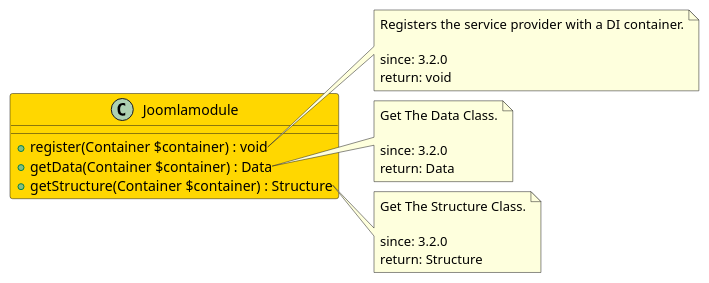
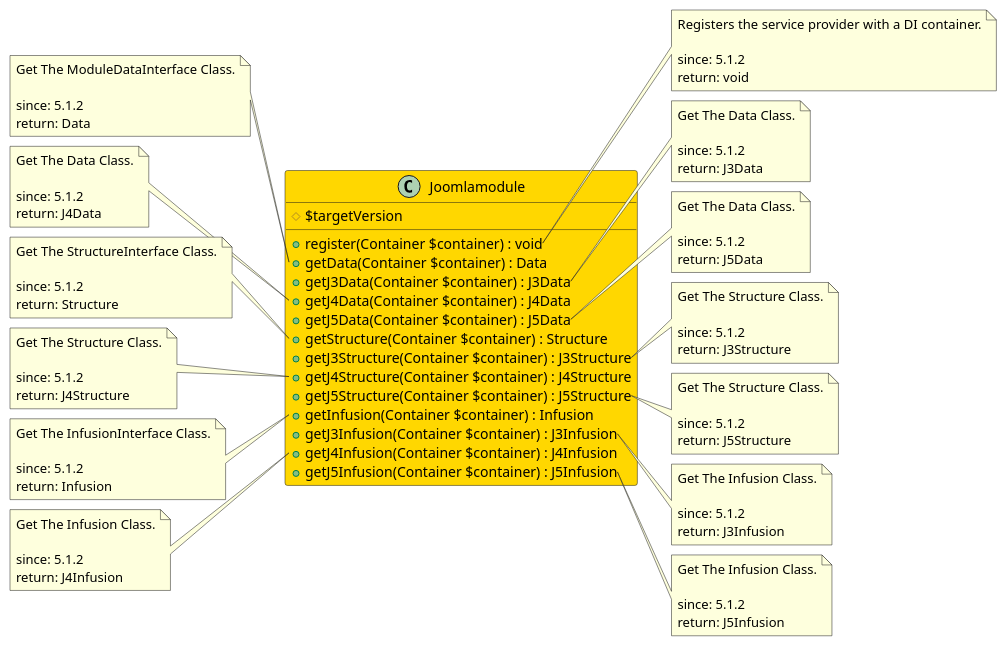
Before and after one commit to joomengine/jcb-compiler: the diagram in src/295186de-5954-4a65-a4c1-2f79ef305743/README.md, drawn with PlantUML. The commit also changed 440 other files, not shown here.

```diff
--- a/src/295186de-5954-4a65-a4c1-2f79ef305743/README.md
+++ b/src/295186de-5954-4a65-a4c1-2f79ef305743/README.md
@@ -6,30 +6,111 @@
 @startuml
 
 class Joomlamodule  #Gold {
+  # $targetVersion
   + register(Container $container) : void
   + getData(Container $container) : Data
+  + getJ3Data(Container $container) : J3Data
+  + getJ4Data(Container $container) : J4Data
+  + getJ5Data(Container $container) : J5Data
   + getStructure(Container $container) : Structure
+  + getJ3Structure(Container $container) : J3Structure
+  + getJ4Structure(Container $container) : J4Structure
+  + getJ5Structure(Container $container) : J5Structure
+  + getInfusion(Container $container) : Infusion
+  + getJ3Infusion(Container $container) : J3Infusion
+  + getJ4Infusion(Container $container) : J4Infusion
+  + getJ5Infusion(Container $container) : J5Infusion
 }
 
 note right of Joomlamodule::register
   Registers the service provider with a DI container.
 
-  since: 3.2.0
+  since: 5.1.2
   return: void
 end note
 
-note right of Joomlamodule::getData
-  Get The Data Class.
+note left of Joomlamodule::getData
+  Get The ModuleDataInterface Class.
 
-  since: 3.2.0
+  since: 5.1.2
   return: Data
 end note
 
-note right of Joomlamodule::getStructure
+note right of Joomlamodule::getJ3Data
+  Get The Data Class.
+
+  since: 5.1.2
+  return: J3Data
+end note
+
+note left of Joomlamodule::getJ4Data
+  Get The Data Class.
+
+  since: 5.1.2
+  return: J4Data
+end note
+
+note right of Joomlamodule::getJ5Data
+  Get The Data Class.
+
+  since: 5.1.2
+  return: J5Data
+end note
+
+note left of Joomlamodule::getStructure
+  Get The StructureInterface Class.
+
+  since: 5.1.2
+  return: Structure
+end note
+
+note right of Joomlamodule::getJ3Structure
   Get The Structure Class.
 
-  since: 3.2.0
-  return: Structure
+  since: 5.1.2
+  return: J3Structure
+end note
+
+note left of Joomlamodule::getJ4Structure
+  Get The Structure Class.
+
+  since: 5.1.2
+  return: J4Structure
+end note
+
+note right of Joomlamodule::getJ5Structure
+  Get The Structure Class.
+
+  since: 5.1.2
+  return: J5Structure
+end note
+
+note left of Joomlamodule::getInfusion
+  Get The InfusionInterface Class.
+
+  since: 5.1.2
+  return: Infusion
+end note
+
+note right of Joomlamodule::getJ3Infusion
+  Get The Infusion Class.
+
+  since: 5.1.2
+  return: J3Infusion
+end note
+
+note left of Joomlamodule::getJ4Infusion
+  Get The Infusion Class.
+
+  since: 5.1.2
+  return: J4Infusion
+end note
+
+note right of Joomlamodule::getJ5Infusion
+  Get The Infusion Class.
+
+  since: 5.1.2
+  return: J5Infusion
 end note
 
 @enduml
```
